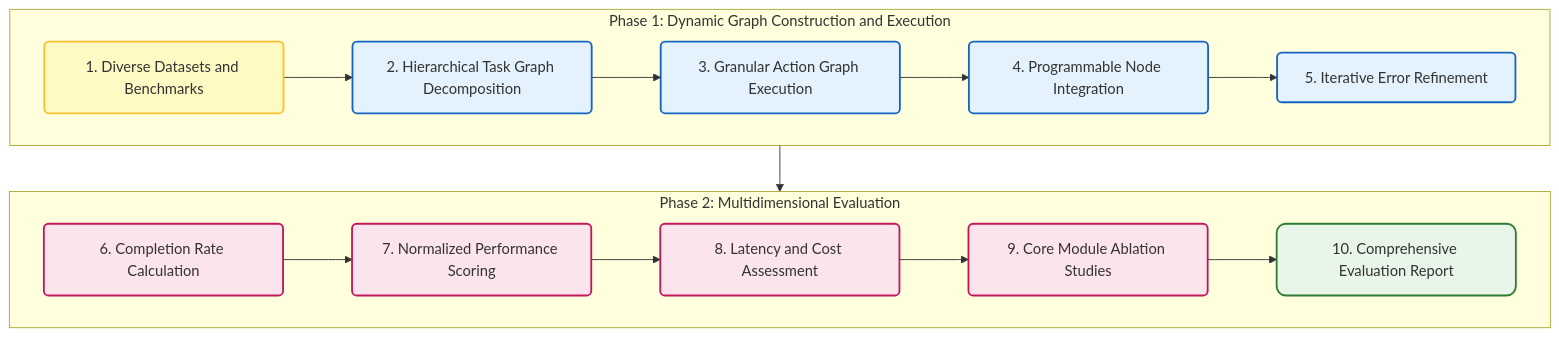
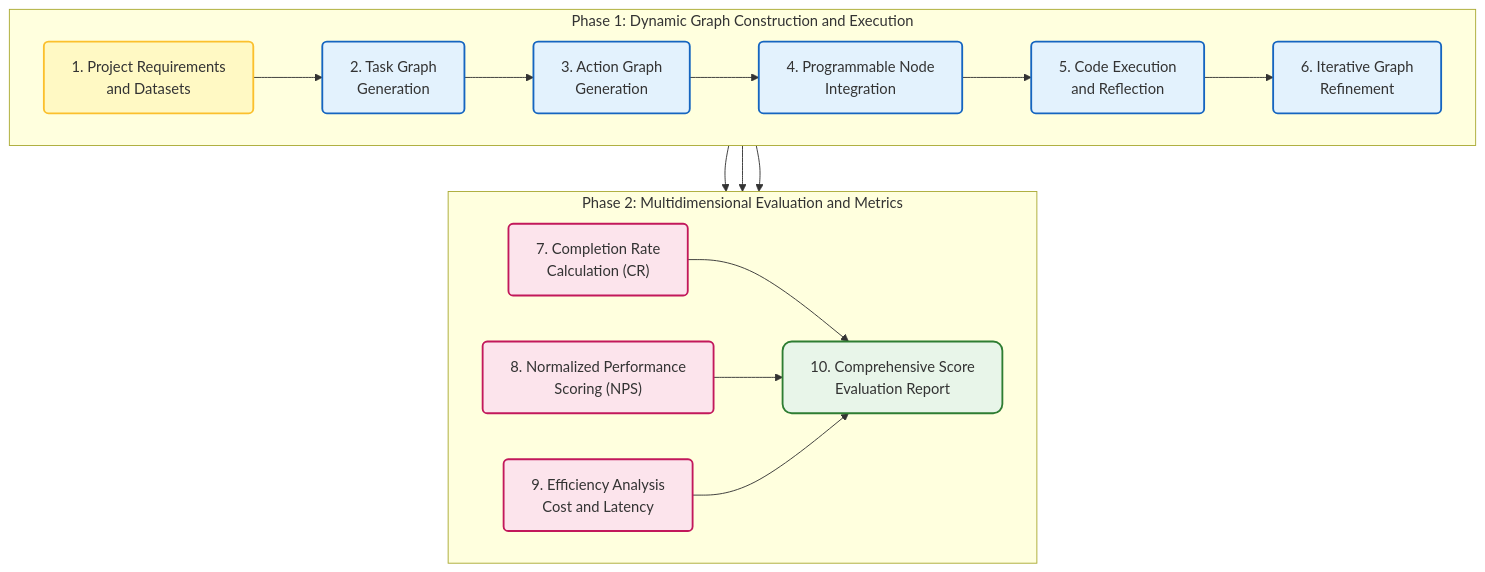
One commit to hhtrocket/HHT-Benchmark-dataset changed the fifth of 5 diagrams in Literature Review/medical background AI agent evaluation.md. Above: the diagram before and after it, drawn with Mermaid.

Commit message:
Update medical background AI agent evaluation.md

````diff
--- a/Literature Review/medical background AI agent evaluation.md
+++ b/Literature Review/medical background AI agent evaluation.md
@@ -235,37 +235,40 @@
 ```mermaid
 graph TD
     classDef phase1 fill:#e3f2fd,stroke:#1565c0,stroke-width:2px,rx:5,ry:5;
     classDef phase2 fill:#fce4ec,stroke:#c2185b,stroke-width:2px,rx:5,ry:5;
     classDef input fill:#fff9c4,stroke:#fbc02d,stroke-width:2px,rx:5,ry:5;
     classDef report fill:#e8f5e9,stroke:#2e7d32,stroke-width:2px,rx:10,ry:10;
 
-    subgraph P1 [ Phase 1: Dynamic Graph Construction and Execution ]
+    subgraph P1 [Phase 1: Dynamic Graph Construction and Execution]
         direction LR
-        N1["1. Diverse Datasets and Benchmarks"]:::input
-        N2["2. Hierarchical Task Graph Decomposition"]:::phase1
-        N3["3. Granular Action Graph Execution"]:::phase1
-        N4["4. Programmable Node Integration"]:::phase1
-        N5["5. Iterative Error Refinement"]:::phase1
+        N1["1. Project Requirements<br/>and Datasets"]:::input
+        N2["2. Task Graph<br/>Generation"]:::phase1
+        N3["3. Action Graph<br/>Generation"]:::phase1
+        N4["4. Programmable Node<br/>Integration"]:::phase1
+        N5["5. Code Execution<br/>and Reflection"]:::phase1
+        N6["6. Iterative Graph<br/>Refinement"]:::phase1
         
         N1 --> N2
         N2 --> N3
         N3 --> N4
         N4 --> N5
+        N5 --> N6
     end
 
-    subgraph P2 [ Phase 2: Multidimensional Evaluation ]
+    subgraph P2 [Phase 2: Multidimensional Evaluation and Metrics]
         direction LR
-        N6["6. Completion Rate Calculation"]:::phase2
-        N7["7. Normalized Performance Scoring"]:::phase2
-        N8["8. Latency and Cost Assessment"]:::phase2
-        N9["9. Core Module Ablation Studies"]:::phase2
-        N10["10. Comprehensive Evaluation Report"]:::report
+        N7["7. Completion Rate<br/>Calculation (CR)"]:::phase2
+        N8["8. Normalized Performance<br/>Scoring (NPS)"]:::phase2
+        N9["9. Efficiency Analysis<br/>Cost and Latency"]:::phase2
+        N10["10. Comprehensive Score<br/>Evaluation Report"]:::report
         
-        N6 --> N7
-        N7 --> N8
-        N8 --> N9
+        N7 --> N10
+        N8 --> N10
         N9 --> N10
     end
 
-    N5 --> N6
+    %% Minimal Cross-Phase Connections
+    N6 --> N7
+    N6 --> N8
+    N6 --> N9
 ```
````
